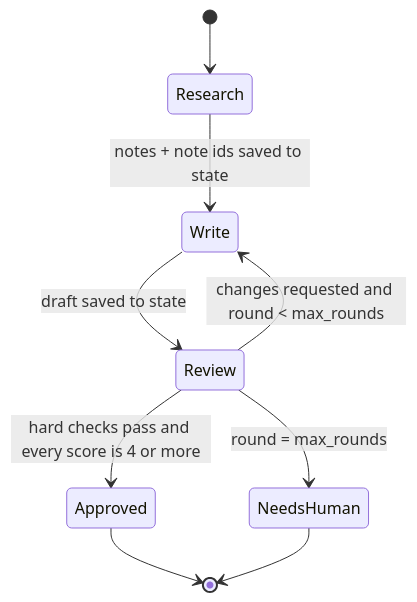
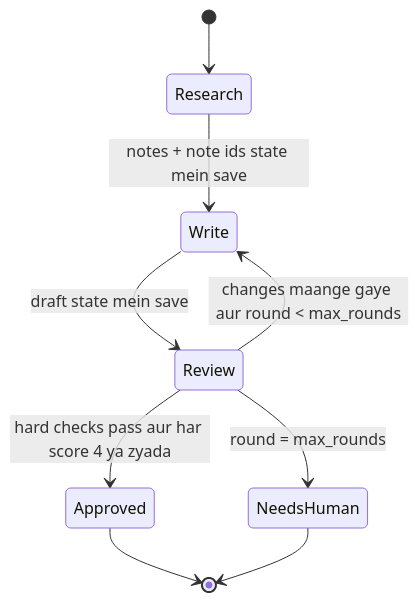
One commit to asmustechno/agentic-ai-notes changed the first of 2 diagrams in docs/18-projects/18.4-project-4-multi-agent-content-team.md. Above: the diagram before and after it, drawn with Mermaid. The commit also changed other lines of this file and 135 other files, not shown here.

````diff
--- a/docs/18-projects/18.4-project-4-multi-agent-content-team.md
+++ b/docs/18-projects/18.4-project-4-multi-agent-content-team.md
@@ -75,11 +79,11 @@
 ```mermaid
 stateDiagram-v2
     [*] --> Research
-    Research --> Write: notes + note ids saved to state
-    Write --> Review: draft saved to state
-    Review --> Approved: hard checks pass and every score is 4 or more
-    Review --> Write: changes requested and round < max_rounds
+    Research --> Write: notes + note ids state mein save
+    Write --> Review: draft state mein save
+    Review --> Approved: hard checks pass aur har score 4 ya zyada
+    Review --> Write: changes maange gaye aur round < max_rounds
     Review --> NeedsHuman: round = max_rounds
     Approved --> [*]
     NeedsHuman --> [*]
 ```
````
